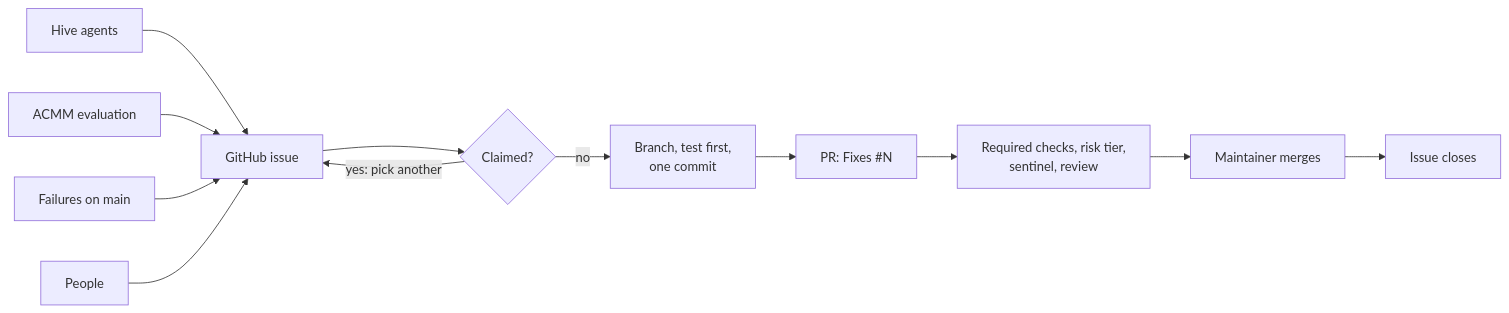
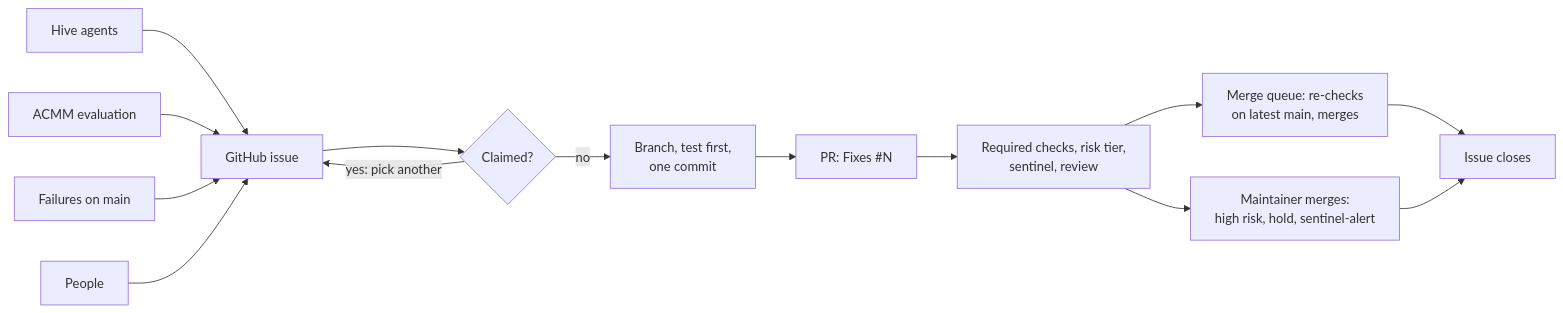
The diagram in docs/multi-agent.md (Tim-van-Oudheusden/MinimalUI), drawn with Mermaid before and after one commit. The commit also changed other lines of this file and 19 other files, not shown here.

Commit message:
ci: merge ready pull requests through a merge queue (#249)

````diff
--- a/docs/multi-agent.md
+++ b/docs/multi-agent.md
@@ -36,14 +36,16 @@
 ```mermaid
 flowchart LR
     hive[Hive agents] --> issue
     acmm[ACMM evaluation] --> issue
     fail[Failures on main] --> issue
     people[People] --> issue
     issue[GitHub issue] --> claim{Claimed?}
     claim -- "yes: pick another" --> issue
     claim -- no --> work["Branch, test first,<br/>one commit"]
     work --> pr["PR: Fixes #N"]
     pr --> checks["Required checks, risk tier,<br/>sentinel, review"]
-    checks --> merge[Maintainer merges]
-    merge --> closed[Issue closes]
+    checks --> queue["Merge queue: re-checks<br/>on latest main, merges"]
+    checks --> manual["Maintainer merges:<br/>high risk, hold, sentinel-alert"]
+    queue --> closed[Issue closes]
+    manual --> closed
 ```
````
